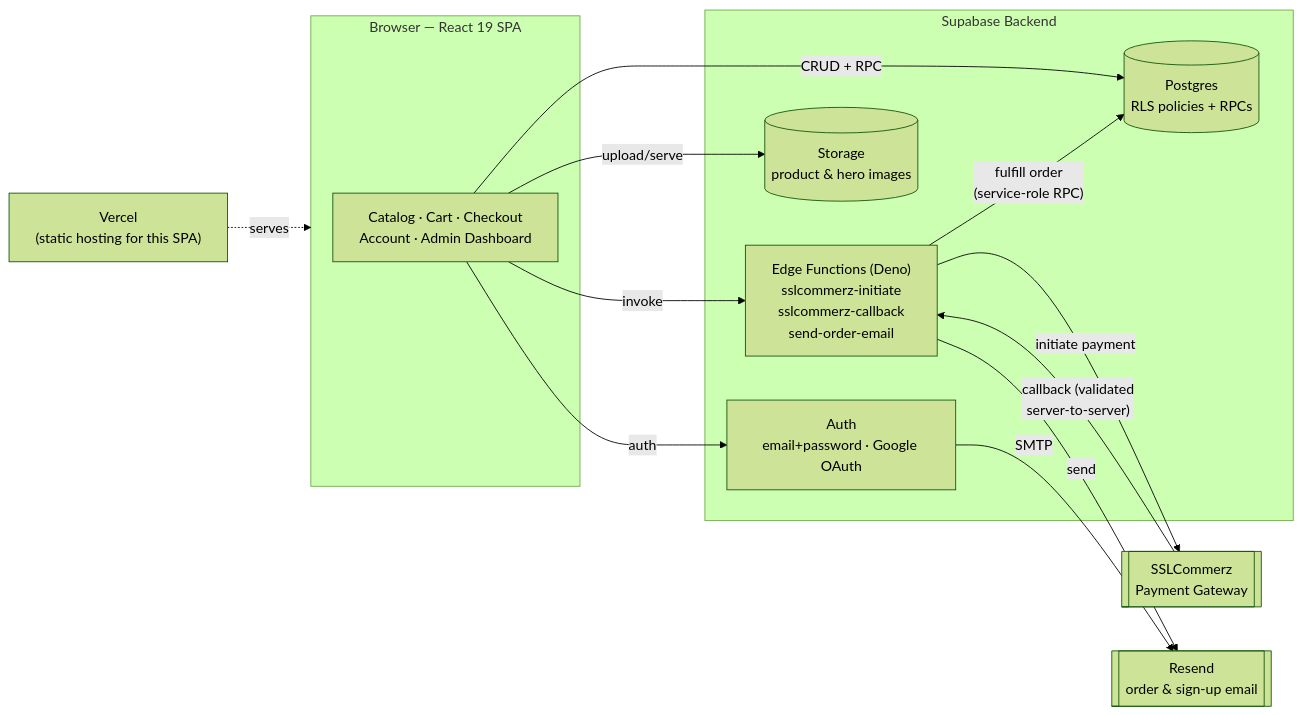
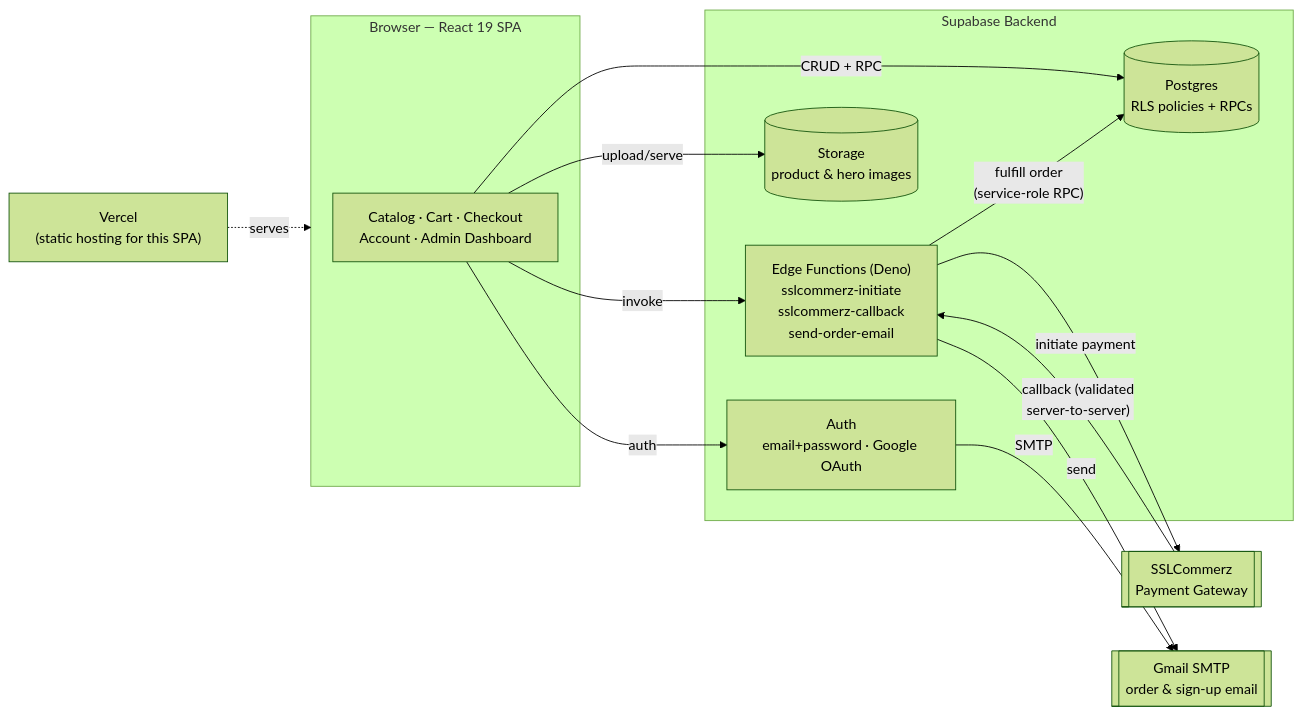
The diagram in README.md (HRSHAFIN/Lagle-Janaben), drawn with Mermaid (forest theme) before and after one commit. The commit also changed other lines of this file and 3 other files, not shown here.

First line of the commit message:
Send order emails through Gmail SMTP instead of Resend

````diff
--- a/README.md
+++ b/README.md
@@ -41,40 +41,28 @@
 ```mermaid
 flowchart LR
     subgraph Browser["Browser — React 19 SPA"]
-        UI["Catalog · Cart · Checkout
-Account · Admin Dashboard"]
+        UI["Catalog · Cart · Checkout<br/>Account · Admin Dashboard"]
     end
 
     subgraph Supabase["Supabase Backend"]
-        Auth["Auth
-email+password · Google OAuth"]
-        DB[("Postgres
-RLS policies + RPCs")]
-        Storage[("Storage
-product & hero images")]
-        Functions["Edge Functions (Deno)
-sslcommerz-initiate
-sslcommerz-callback
-send-order-email"]
+        Auth["Auth<br/>email+password · Google OAuth"]
+        DB[("Postgres<br/>RLS policies + RPCs")]
+        Storage[("Storage<br/>product & hero images")]
+        Functions["Edge Functions (Deno)<br/>sslcommerz-initiate<br/>sslcommerz-callback<br/>send-order-email"]
     end
 
-    Gateway[["SSLCommerz
-Payment Gateway"]]
-    Resend[["Resend
-order & sign-up email"]]
-    Vercel["Vercel
-(static hosting for this SPA)"]
+    Gateway[["SSLCommerz<br/>Payment Gateway"]]
+    Mail[["Gmail SMTP<br/>order & sign-up email"]]
+    Vercel["Vercel<br/>(static hosting for this SPA)"]
 
     UI -- "auth" --> Auth
     UI -- "CRUD + RPC" --> DB
     UI -- "upload/serve" --> Storage
     UI -- "invoke" --> Functions
     Functions -- "initiate payment" --> Gateway
-    Gateway -- "callback (validated
-server-to-server)" --> Functions
-    Functions -- "fulfill order
-(service-role RPC)" --> DB
-    Functions -- "send" --> Resend
-    Auth -- "SMTP" --> Resend
+    Gateway -- "callback (validated<br/>server-to-server)" --> Functions
+    Functions -- "fulfill order<br/>(service-role RPC)" --> DB
+    Functions -- "send" --> Mail
+    Auth -- "SMTP" --> Mail
     Vercel -. serves .-> Browser
 ```
````
